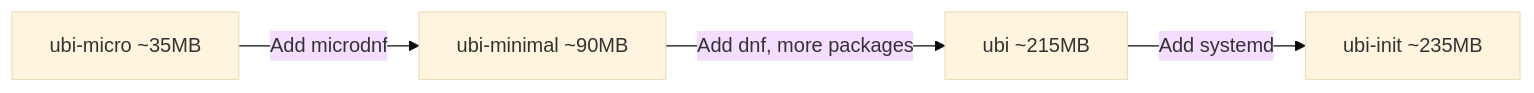
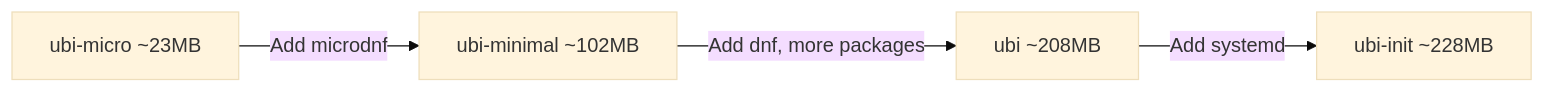
One commit to OneUptime/blog changed the diagram in posts/2026-03-04-red-hat-ubi-podman-rhel-9/README.md. Above: the diagram before and after it, drawn with Mermaid (base theme). The commit also changed other lines of this file and 2 other files, not shown here.

Commit message:
validate: 2026-03-04-red-hat-ubi-podman-rhel-9

````diff
--- a/posts/2026-03-04-red-hat-ubi-podman-rhel-9/README.md
+++ b/posts/2026-03-04-red-hat-ubi-podman-rhel-9/README.md
@@ -232,6 +233,6 @@
 ```mermaid
 graph LR
-    A[ubi-micro ~35MB] -->|Add microdnf| B[ubi-minimal ~90MB]
-    B -->|Add dnf, more packages| C[ubi ~215MB]
-    C -->|Add systemd| D[ubi-init ~235MB]
+    A[ubi-micro ~23MB] -->|Add microdnf| B[ubi-minimal ~102MB]
+    B -->|Add dnf, more packages| C[ubi ~208MB]
+    C -->|Add systemd| D[ubi-init ~228MB]
 ```
````
